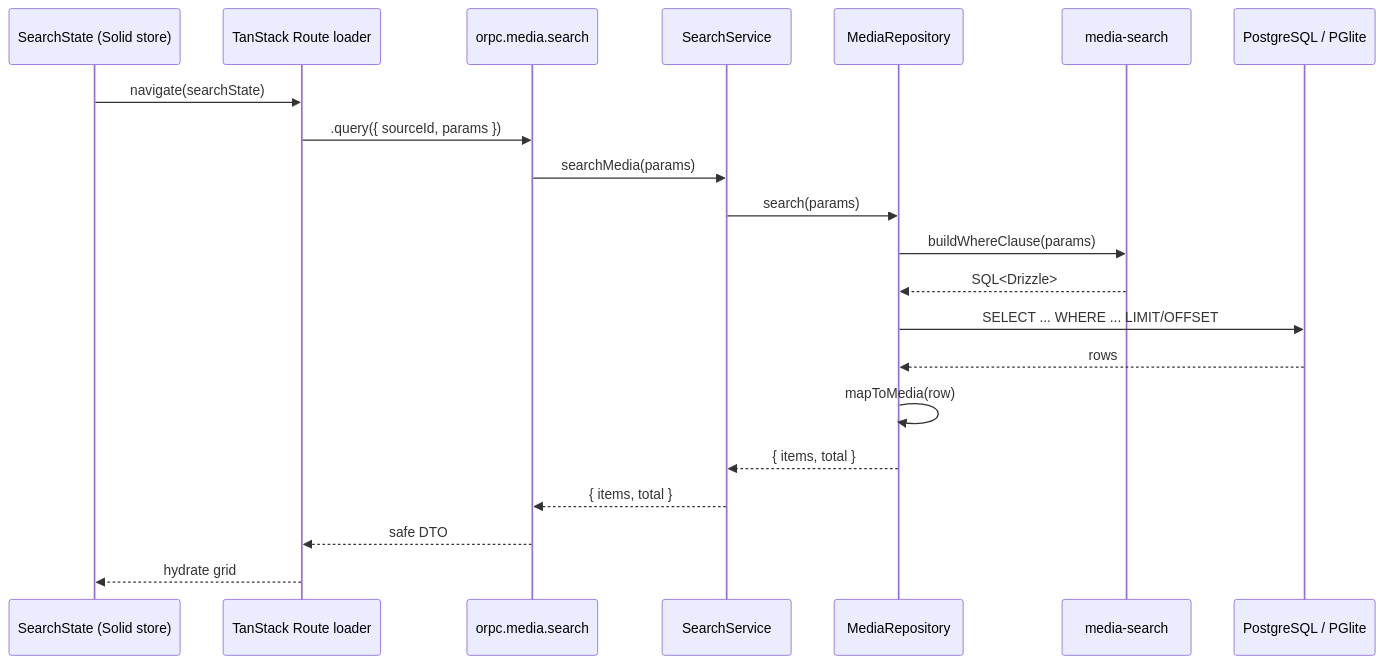
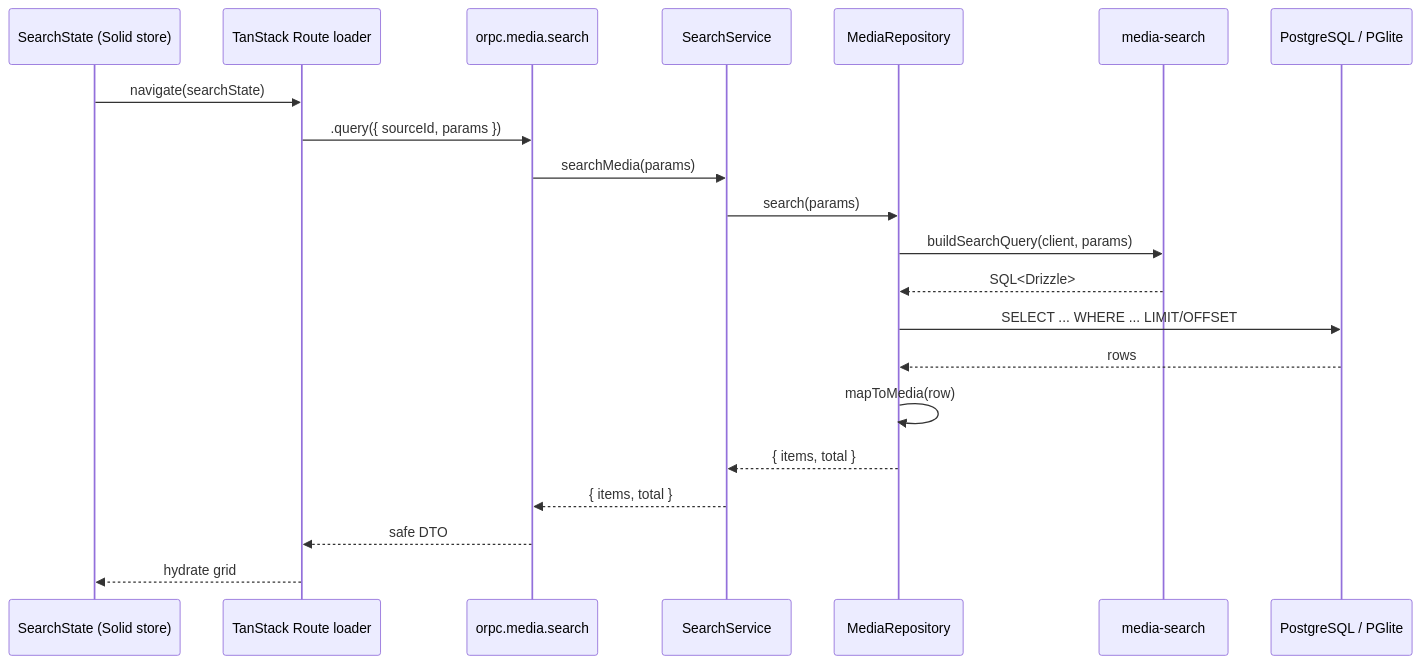
Before and after one commit to hmjn023/solid-imager: the second of 7 diagrams in .indexion/wiki/process-flows.md, drawn with Mermaid. The commit also changed other lines of this file and 1 other file, not shown here.

Commit message:
docs: align search function references with actual implementation (PR#330 review)

````diff
--- a/.indexion/wiki/process-flows.md
+++ b/.indexion/wiki/process-flows.md
@@ -54,24 +54,24 @@
 ```mermaid
 sequenceDiagram
     participant UI as SearchState (Solid store)
     participant Route as TanStack Route loader
     participant RPC as orpc.media.search
     participant SS as SearchService
     participant MR as MediaRepository
     participant UT as media-search
     participant DB as PostgreSQL / PGlite
 
     UI->>Route: navigate(searchState)
     Route->>RPC: .query({ sourceId, params })
     RPC->>SS: searchMedia(params)
     SS->>MR: search(params)
-    MR->>UT: buildWhereClause(params)
+    MR->>UT: buildSearchQuery(client, params)
     UT-->>MR: SQL<Drizzle>
     MR->>DB: SELECT ... WHERE ... LIMIT/OFFSET
     DB-->>MR: rows
     MR->>MR: mapToMedia(row)
     MR-->>SS: { items, total }
     SS-->>RPC: { items, total }
     RPC-->>Route: safe DTO
     Route-->>UI: hydrate grid
 ```
````
